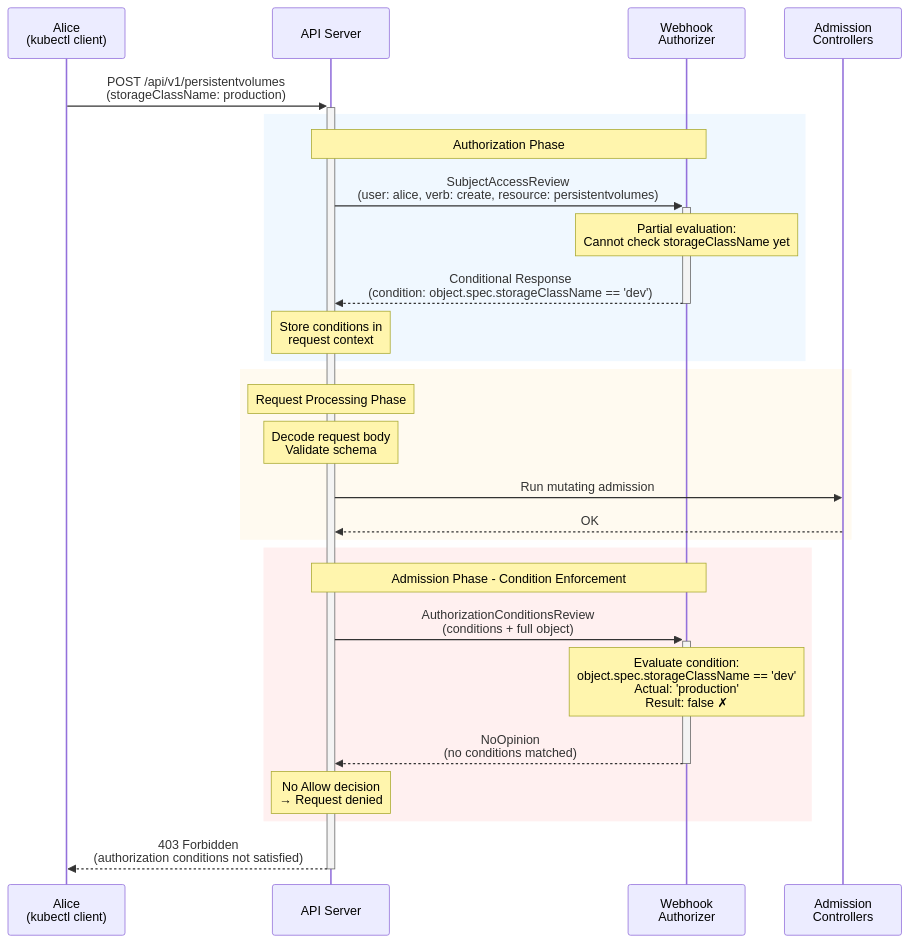
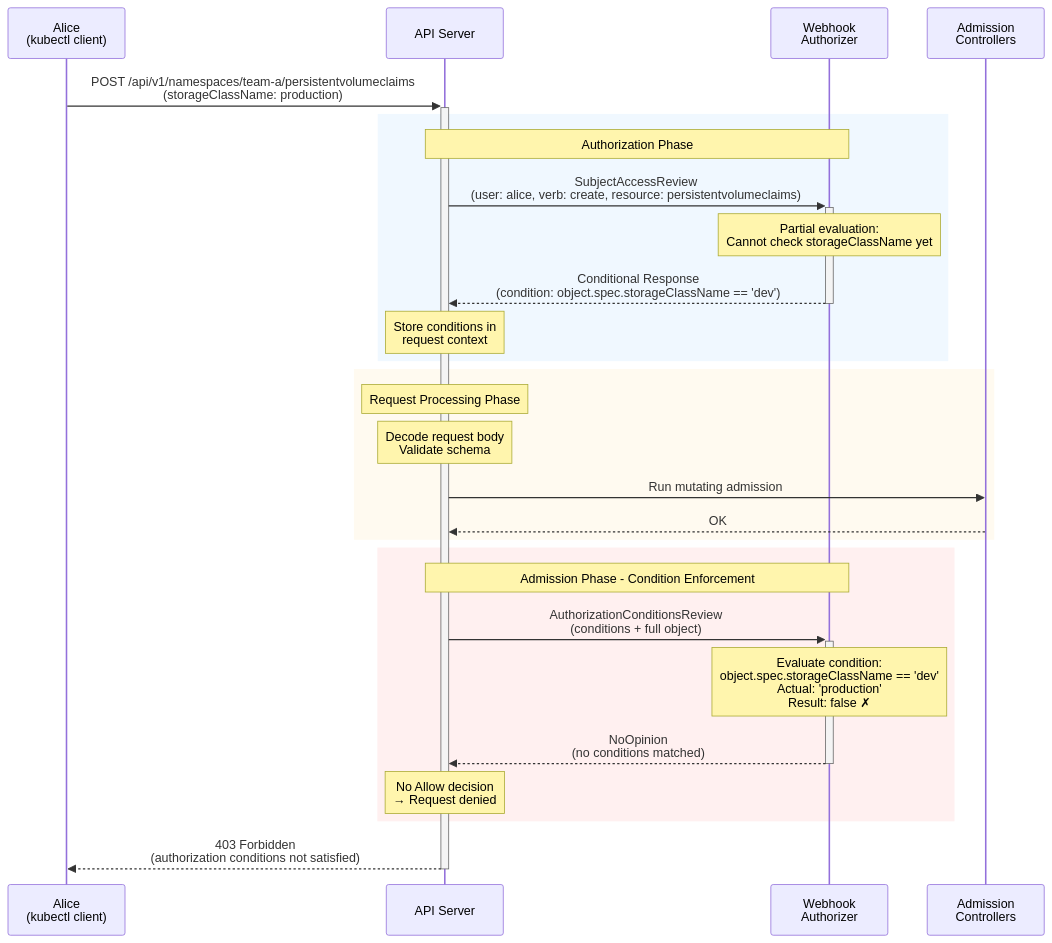
The fifth of 6 diagrams in content/en/docs/reference/access-authn-authz/authorization.md (kubernetes/website), drawn with Mermaid before and after one commit. The commit also changed other lines of this file and 1 other file, not shown here.

Commit message:
address liggitt's review

````diff
--- a/content/en/docs/reference/access-authn-authz/authorization.md
+++ b/content/en/docs/reference/access-authn-authz/authorization.md
@@ -690,34 +691,34 @@
 ```mermaid
 sequenceDiagram
     participant Alice as Alice<br/>(kubectl client)
     participant API as API Server
     participant Webhook as Webhook<br/>Authorizer
     participant Admission as Admission<br/>Controllers
 
-    Alice->>+API: POST /api/v1/persistentvolumes<br/>(storageClassName: production)
+    Alice->>+API: POST /api/v1/namespaces/team-a/persistentvolumeclaims<br/>(storageClassName: production)
 
     rect rgb(240, 248, 255)
         Note over API,Webhook: Authorization Phase
-        API->>+Webhook: SubjectAccessReview<br/>(user: alice, verb: create, resource: persistentvolumes)
+        API->>+Webhook: SubjectAccessReview<br/>(user: alice, verb: create, resource: persistentvolumeclaims)
         Note over Webhook: Partial evaluation:<br/>Cannot check storageClassName yet
         Webhook-->>-API: Conditional Response<br/>(condition: object.spec.storageClassName == 'dev')
         Note over API: Store conditions in<br/>request context
     end
 
     rect rgb(255, 250, 240)
         Note over API: Request Processing Phase
         Note over API: Decode request body<br/>Validate schema
         API->>Admission: Run mutating admission
         Admission-->>API: OK
     end
 
     rect rgb(255, 240, 240)
         Note over API,Webhook: Admission Phase - Condition Enforcement
         API->>+Webhook: AuthorizationConditionsReview<br/>(conditions + full object)
         Note over Webhook: Evaluate condition:<br/>object.spec.storageClassName == 'dev'<br/>Actual: 'production'<br/>Result: false ✗
         Webhook-->>-API: NoOpinion<br/>(no conditions matched)
         Note over API: No Allow decision<br/>→ Request denied
     end
 
     API-->>-Alice: 403 Forbidden<br/>(authorization conditions not satisfied)
 ```
````
